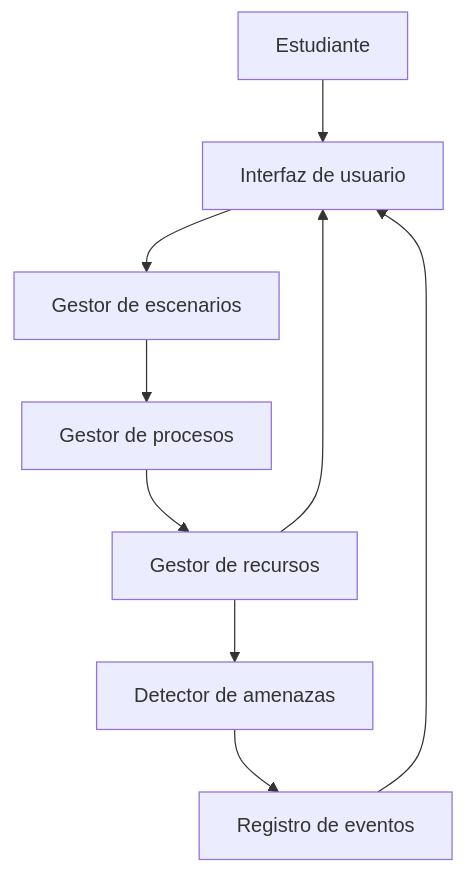
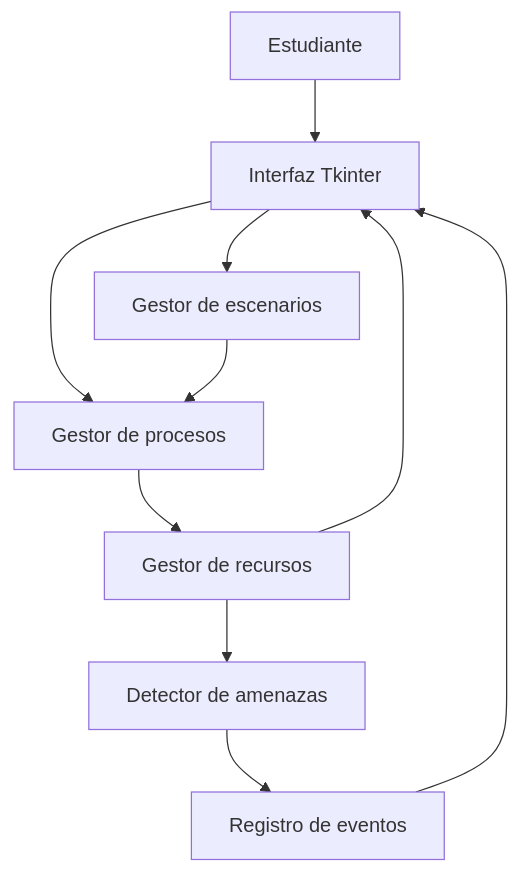
The first of 3 diagrams in documentacion/arquitectura_inicial.md (jhonnatanlopez2006-alt/CyberShield), drawn with Mermaid before and after one commit. The commit also changed other lines of this file, not shown here.

````diff
--- a/documentacion/arquitectura_inicial.md
+++ b/documentacion/arquitectura_inicial.md
@@ -17,11 +22,12 @@
 ```mermaid
 flowchart TB
-  U[Estudiante] --> UI[Interfaz de usuario]
+  U[Estudiante] --> UI[Interfaz Tkinter]
   UI --> ES[Gestor de escenarios]
-  ES --> GP[Gestor de procesos]
+  UI --> GP[Gestor de procesos]
+  ES --> GP
   GP --> GR[Gestor de recursos]
   GR --> DT[Detector de amenazas]
   DT --> RE[Registro de eventos]
   RE --> UI
   GR --> UI
 ```
````
